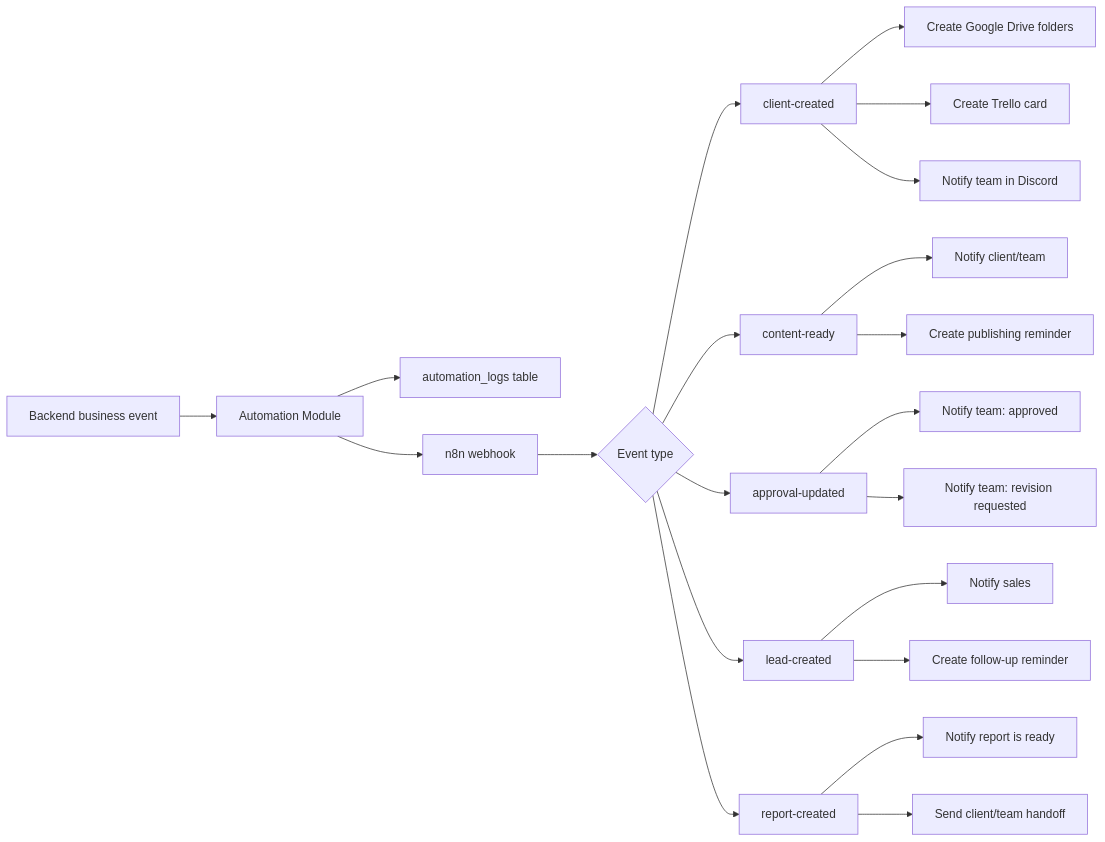
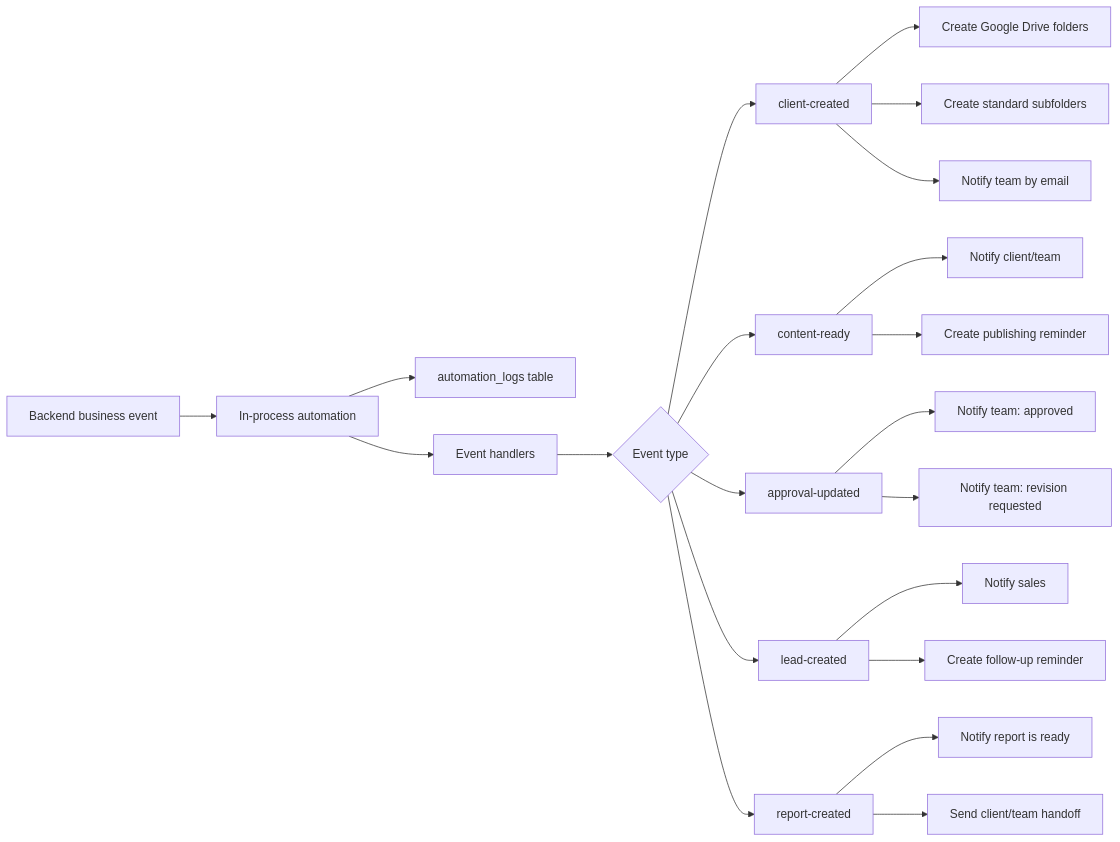
Before and after one commit to pxl-lgp/.github: the fifth of 6 diagrams in profile/README.md, drawn with Mermaid. The commit also changed other lines of this file, not shown here.

First line of the commit message:
Revise README for automation updates and clarifications

````diff
--- a/profile/README.md
+++ b/profile/README.md
@@ -423,29 +423,29 @@
 ```mermaid
 flowchart LR
-  A["Backend business event"] --> B["Automation Module"]
+  A["Backend business event"] --> B["In-process automation"]
   B --> C["automation_logs table"]
-  B --> D["n8n webhook"]
+  B --> D["Event handlers"]
 
   D --> E{"Event type"}
   E --> F["client-created"]
   E --> G["content-ready"]
   E --> H["approval-updated"]
   E --> I["lead-created"]
   E --> J["report-created"]
 
   F --> K["Create Google Drive folders"]
-  F --> L["Create Trello card"]
-  F --> M["Notify team in Discord"]
+  F --> L["Create standard subfolders"]
+  F --> M["Notify team by email"]
 
   G --> N["Notify client/team"]
   G --> O["Create publishing reminder"]
 
   H --> P["Notify team: approved"]
   H --> Q["Notify team: revision requested"]
 
   I --> R["Notify sales"]
   I --> S["Create follow-up reminder"]
 
   J --> T["Notify report is ready"]
   J --> U["Send client/team handoff"]
 ```
````
